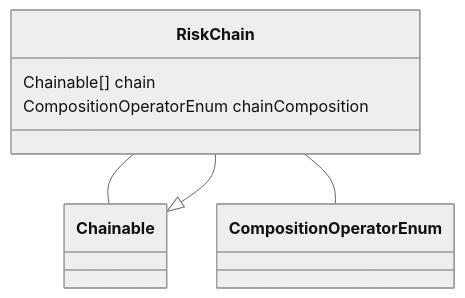
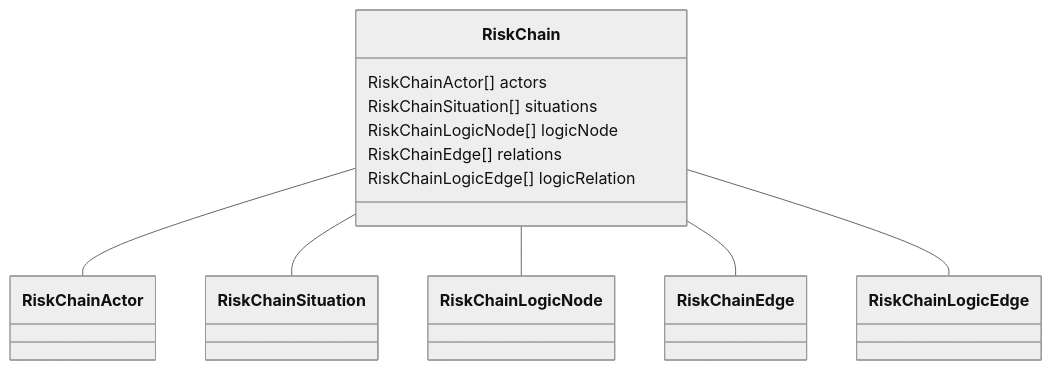
The diagram in datamodel-build/mermaid/RiskChain.mmd (codexstanford/Insurance-Payout-Ontology), drawn with Mermaid (neutral theme) before and after one commit. The commit also changed 56 other files, not shown here.

```diff
--- a/datamodel-build/mermaid/RiskChain.mmd
+++ b/datamodel-build/mermaid/RiskChain.mmd
@@ -1,12 +1,17 @@
 classDiagram
-  RiskChain -- Chainable
-RiskChain -- CompositionOperatorEnum
+  RiskChain -- RiskChainActor
+RiskChain -- RiskChainSituation
+RiskChain -- RiskChainLogicNode
+RiskChain -- RiskChainEdge
+RiskChain -- RiskChainLogicEdge
 
 
-Chainable <|-- RiskChain
-  class RiskChain {
+class RiskChain {
 
-  Chainable[] chain
-  CompositionOperatorEnum chainComposition
+  RiskChainActor[] actors
+  RiskChainSituation[] situations
+  RiskChainLogicNode[] logicNode
+  RiskChainEdge[] relations
+  RiskChainLogicEdge[] logicRelation
 
 }
```
